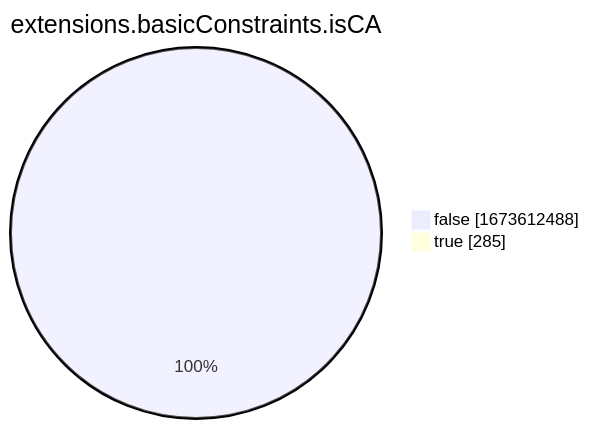
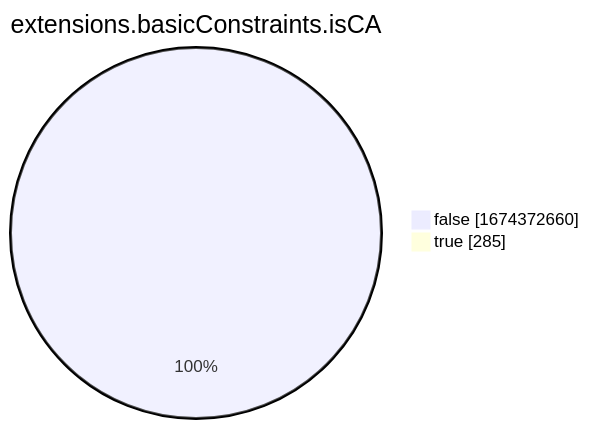
One commit to christiankrug/ctmonitor_visualization changed the eighth of 15 diagrams in xenon2022/README.md. Above: the diagram before and after it, drawn with Mermaid. The commit also changed other lines of this file, not shown here.

````diff
--- a/xenon2022/README.md
+++ b/xenon2022/README.md
@@ -2865,6 +2865,6 @@
 ```mermaid
 pie showData
 title extensions.basicConstraints.isCA
-"false" :1673612488
+"false" :1674372660
 "true" :285
 ```
````
